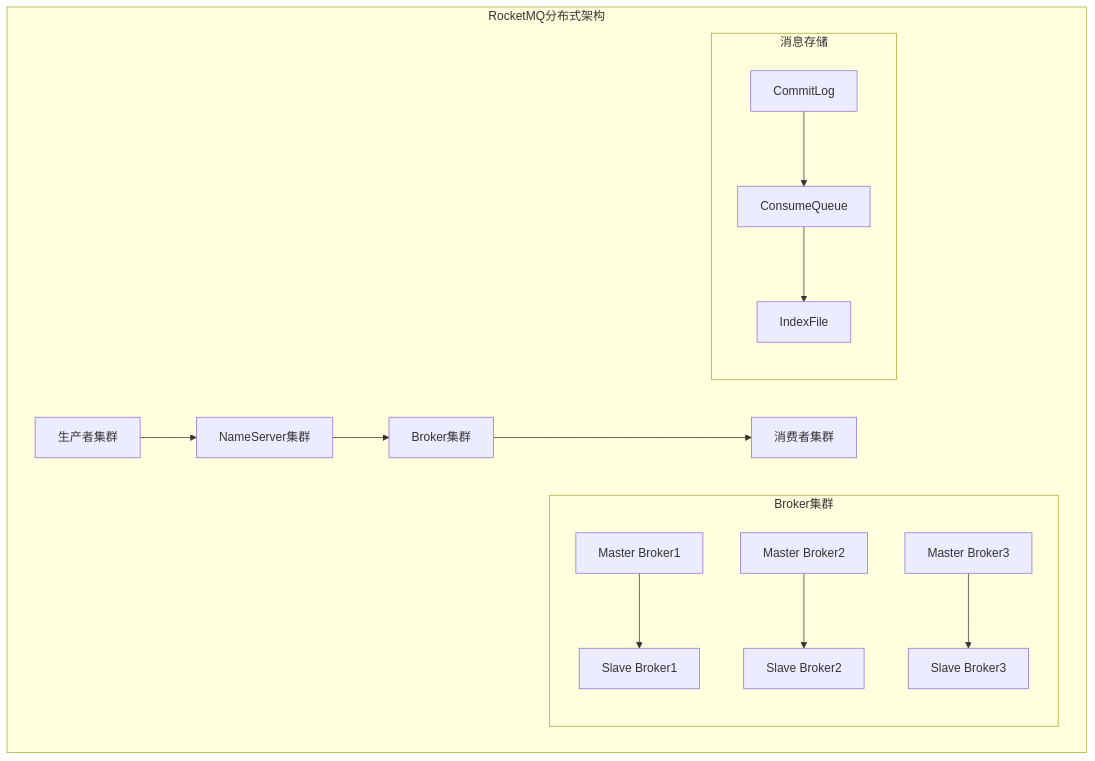
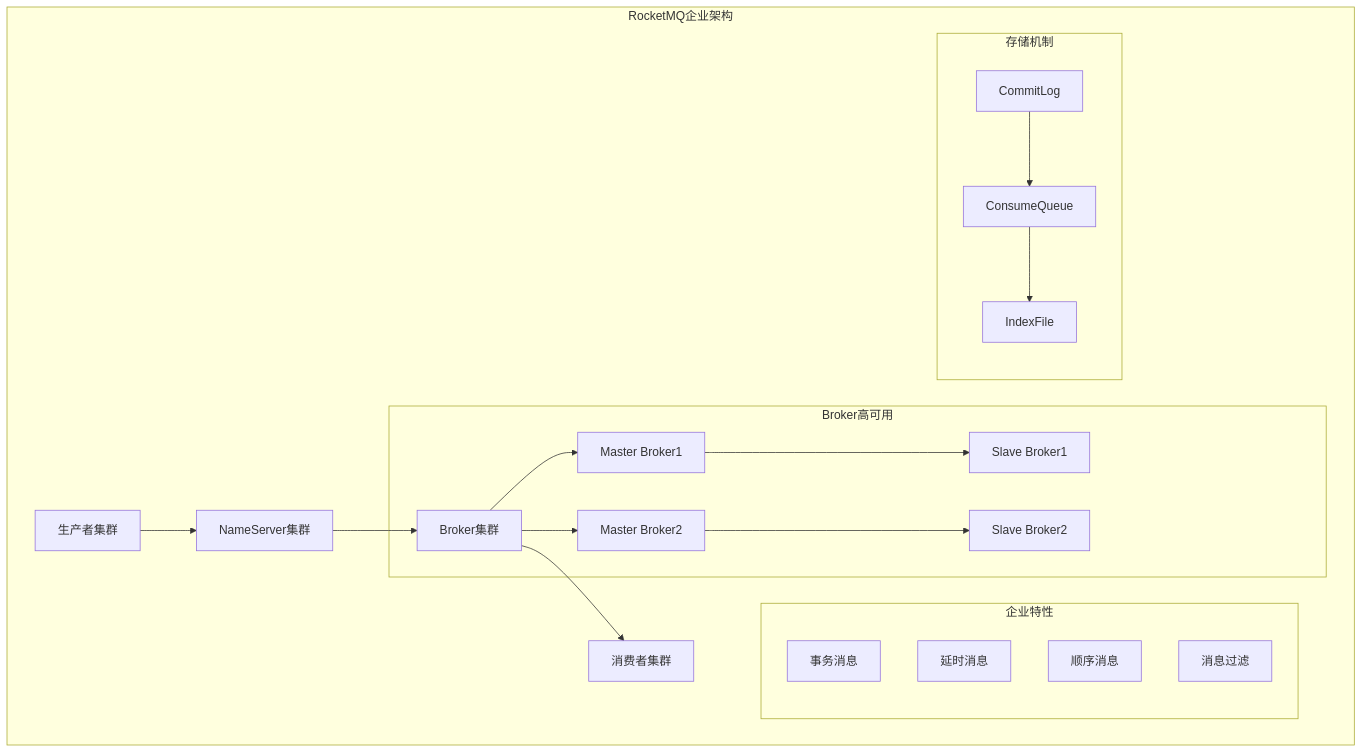
The third of 4 diagrams in 第七章-产品选型.md (shawnfinelee/mq-mastery-guide), drawn with Mermaid before and after one commit. The commit also changed other lines of this file and 1 other file, not shown here.

````diff
--- a/第七章-产品选型.md
+++ b/第七章-产品选型.md
@@ -644,20 +78,28 @@
 ```mermaid
 graph TB
-    subgraph "RocketMQ分布式架构"
+    subgraph "RocketMQ企业架构"
         A[生产者集群] --> B[NameServer集群]
         B --> C[Broker集群]
         
-        subgraph "Broker集群"
-            D[Master Broker1] --> E[Slave Broker1]
-            F[Master Broker2] --> G[Slave Broker2]
-            H[Master Broker3] --> I[Slave Broker3]
+        subgraph "Broker高可用"
+            C --> D[Master Broker1]
+            C --> E[Master Broker2]
+            D --> F[Slave Broker1]
+            E --> G[Slave Broker2]
         end
         
-        C --> J[消费者集群]
+        C --> H[消费者集群]
         
-        subgraph "消息存储"
-            K[CommitLog] --> L[ConsumeQueue]
-            L --> M[IndexFile]
+        subgraph "企业特性"
+            I[事务消息]
+            J[延时消息]
+            K[顺序消息]
+            L[消息过滤]
+        end
+        
+        subgraph "存储机制"
+            M[CommitLog] --> N[ConsumeQueue]
+            N --> O[IndexFile]
         end
     end
 ```
````
